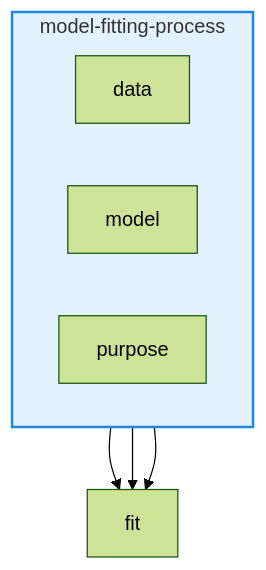
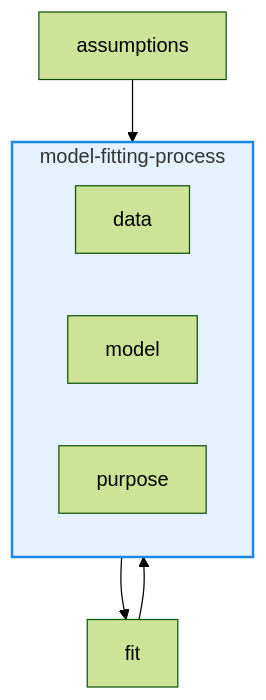
One commit to mstasinopoulos/GrossaryForDR changed the second of 10 diagrams in Glossary of distributional regression.qmd. Above: the diagram before and after it, drawn with Mermaid (forest theme). The commit also changed other lines of this file and 1 other file, not shown here.

````diff
--- a/Glossary of distributional regression.qmd
+++ b/Glossary of distributional regression.qmd
@@ -1115,17 +1155,16 @@
 ```{mermaid}
 %%| fig-width: 5
 %%| label: fig-fit
 %%| fig-cap: "The model fitting process needs both data and model which to conform with the purpose of the study  "
 flowchart TB
   subgraph model-fitting-process
    style model-fitting-process fill:#e3f2fd,stroke:#1e88e5,stroke-width:2px
     direction LR
-    A[data]
-    B[model]
-    D[purpose]
+    D[data]
+    M[model]
+    P[purpose]
   end
-
-  A --> C[fit]
-  B --> C
-  D --> C
+  A[assumptions] --> M
+  M --> F[fit]
+  F --> P
 ```
````
